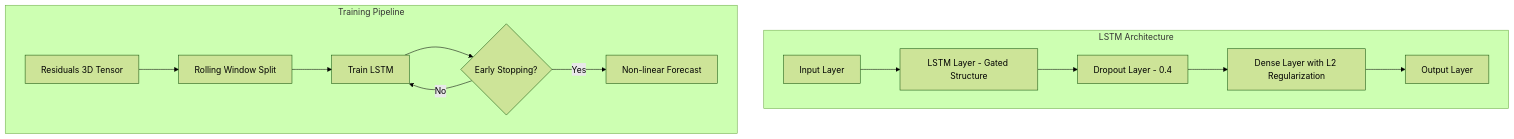
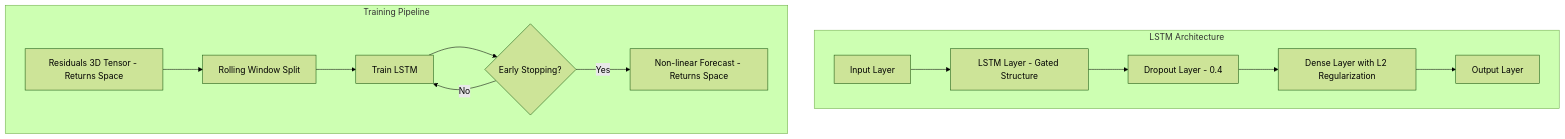
The sixth of 12 diagrams in plans/architecture.md (konstantin-vantukh/lstm_arima), drawn with Mermaid (forest theme) before and after one commit. The commit also changed other lines of this file and 28 other files, not shown here.

Commit message:
Adds forecasts in pricing space to the ones in returns space.

````diff
--- a/plans/architecture.md
+++ b/plans/architecture.md
@@ -173,17 +201,17 @@
 ```mermaid
 flowchart TD
     subgraph LSTM Architecture
         A[Input Layer] --> B[LSTM Layer - Gated Structure]
         B --> C[Dropout Layer - 0.4]
         C --> D[Dense Layer with L2 Regularization]
         D --> E[Output Layer]
     end
 
     subgraph Training Pipeline
-        F[Residuals 3D Tensor] --> G[Rolling Window Split]
+        F[Residuals 3D Tensor - Returns Space] --> G[Rolling Window Split]
         G --> H[Train LSTM]
         H --> I{Early Stopping?}
         I -->|No| H
-        I -->|Yes| J[Non-linear Forecast]
+        I -->|Yes| J[Non-linear Forecast - Returns Space]
     end
 ```
````
